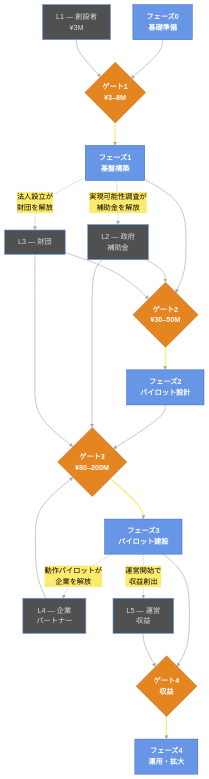
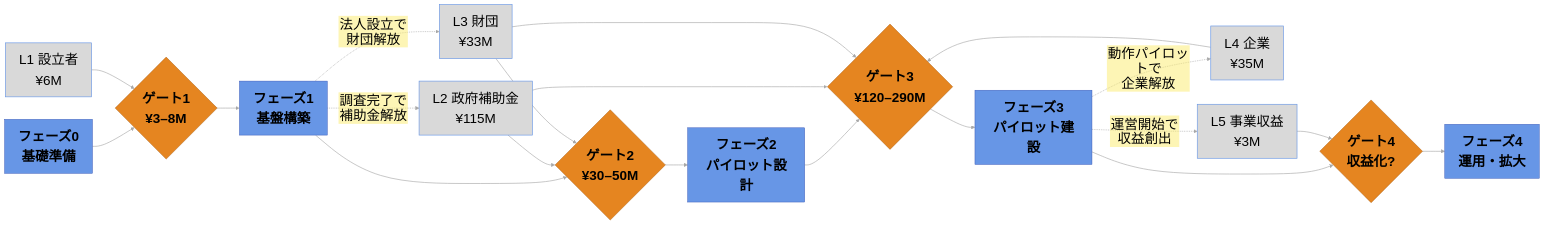
One commit to robouden/mitsue-ai-data-center changed the diagram in docs/strategy/mitsue_phases_funding_flowchart_jp.md. Above: the diagram before and after it, drawn with Mermaid. The commit also changed other lines of this file and 7 other files, not shown here.

First line of the commit message:
Fix mermaid edge-label text contrast in funding flowchart and forest-led diagrams

````diff
--- a/docs/strategy/mitsue_phases_funding_flowchart_jp.md
+++ b/docs/strategy/mitsue_phases_funding_flowchart_jp.md
@@ -78,44 +24,38 @@
 ```mermaid
-%%{init: {'theme':'base','themeVariables':{
+%%{init: {'theme':'base','flowchart':{'htmlLabels':false},'themeVariables':{
   'background':'#404040',
   'primaryColor':'#6796e6','primaryTextColor':'#FFFFFF','primaryBorderColor':'#3655b5',
-  'lineColor':'#A8A8A8','textColor':'#DEDEDE',
+  'lineColor':'#A8A8A8','textColor':'#1A1A1A',
+  'edgeLabelBackground':'#FCEB6C',
   'fontFamily':'Noto Sans JP, Yu Gothic, sans-serif',
-  'edgeLabelBackground':'#FCEB6C'
+  'fontSize':'30px'
 }}}%%
-flowchart TB
+flowchart LR
     P0["フェーズ0<br/>基礎準備"] --> G1{"ゲート1<br/>¥3–8M"}
     G1 --> P1["フェーズ1<br/>基盤構築"] --> G2{"ゲート2<br/>¥30–50M"}
-    G2 --> P2["フェーズ2<br/>パイロット設計"] --> G3{"ゲート3<br/>¥80–200M"}
-    G3 --> P3["フェーズ3<br/>パイロット建設"] --> G4{"ゲート4<br/>収益"}
+    G2 --> P2["フェーズ2<br/>パイロット設計"] --> G3{"ゲート3<br/>¥120–290M"}
+    G3 --> P3["フェーズ3<br/>パイロット建設"] --> G4{"ゲート4<br/>収益化?"}
     G4 --> P4["フェーズ4<br/>運用・拡大"]
 
-    F1["L1 — 創設者<br/>¥3M"]
-    F2["L2 — 政府<br/>補助金"]
-    F3["L3 — 財団"]
-    F4["L4 — 企業<br/>パートナー"]
-    F5["L5 — 運営<br/>収益"]
-
-    F1 --> G1
-    F2 --> G2
-    F3 --> G2
+    F1["L1 設立者<br/>¥6M"] --> G1
+    F2["L2 政府補助金<br/>¥115M"] --> G2
+    F3["L3 財団<br/>¥33M"] --> G2
     F2 --> G3
     F3 --> G3
-    F4 --> G3
-    F5 --> G4
+    F4["L4 企業<br/>¥35M"] --> G3
+    F5["L5 事業収益<br/>¥3M"] --> G4
 
-    P1 -.->|実現可能性調査が<br/>補助金を解放| F2
-    P1 -.->|法人設立が<br/>財団を解放| F3
-    P3 -.->|動作パイロットが<br/>企業を解放| F4
+    P1 -.->|調査完了で<br/>補助金解放| F2
+    P1 -.->|法人設立で<br/>財団解放| F3
+    P3 -.->|動作パイロットで<br/>企業解放| F4
     P3 -.->|運営開始で<br/>収益創出| F5
 
-    classDef phase fill:#6796e6,stroke:#3655b5,stroke-width:1px,color:#FFFFFF,font-weight:bold
-    classDef gate  fill:#e58520,stroke:#A85C10,stroke-width:1px,color:#FFFFFF,font-weight:bold
-    classDef fund  fill:#505050,stroke:#6796e6,stroke-width:1.4px,color:#DEDEDE
+    classDef phase fill:#6796e6,stroke:#3655b5,stroke-width:1px,color:#000000,font-weight:bold
+    classDef gate  fill:#e58520,stroke:#A85C10,stroke-width:1px,color:#000000,font-weight:bold
+    classDef fund  fill:#D9D9D9,stroke:#6796e6,stroke-width:1.4px,color:#000000
     class P0,P1,P2,P3,P4 phase
     class G1,G2,G3,G4 gate
     class F1,F2,F3,F4,F5 fund
 
     linkStyle default stroke:#A8A8A8,stroke-width:1.4px,color:#000000
-    linkStyle 1,3,5,7 stroke:#FCEB6C,stroke-width:2.5px,color:#000000
 ```
````
